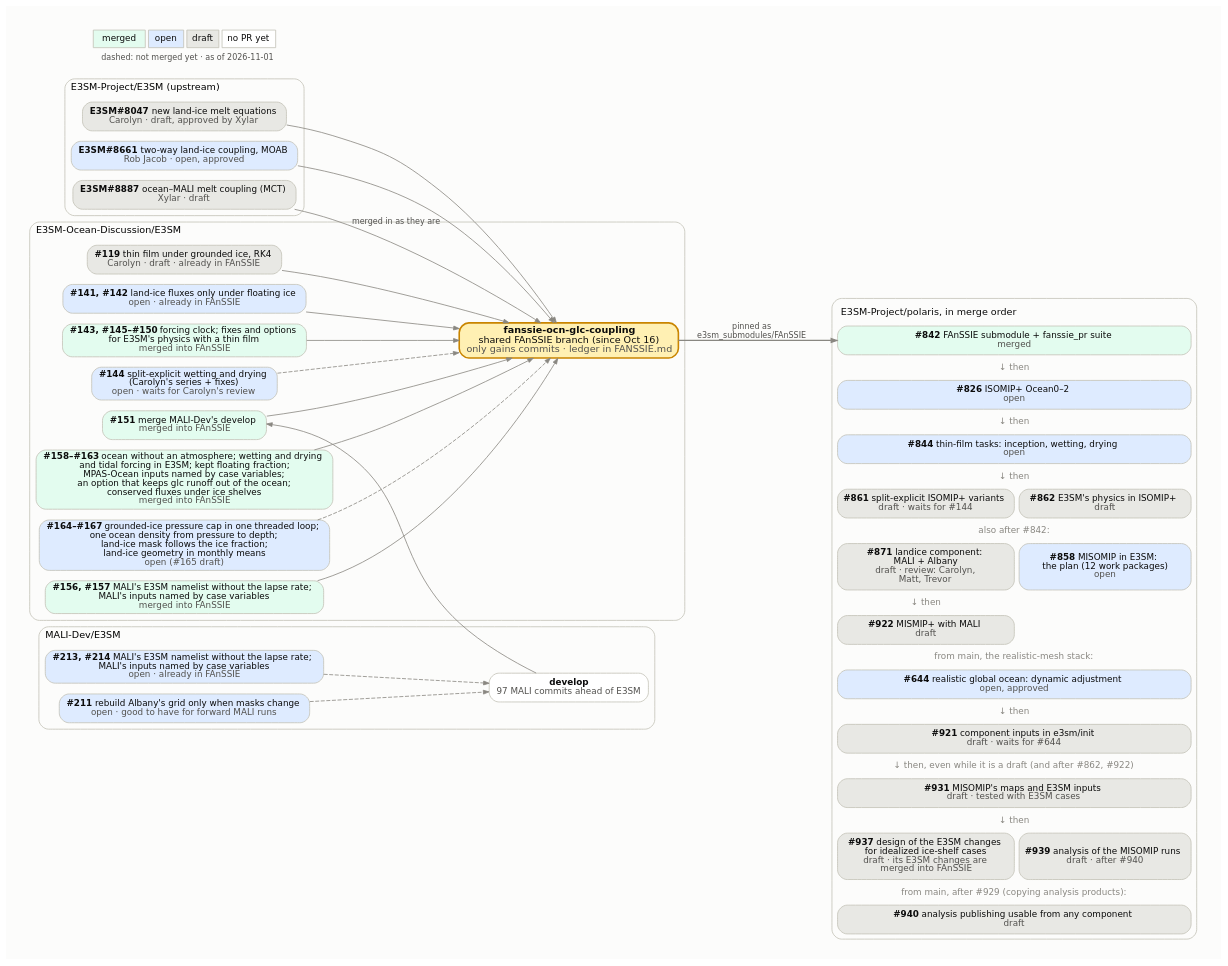
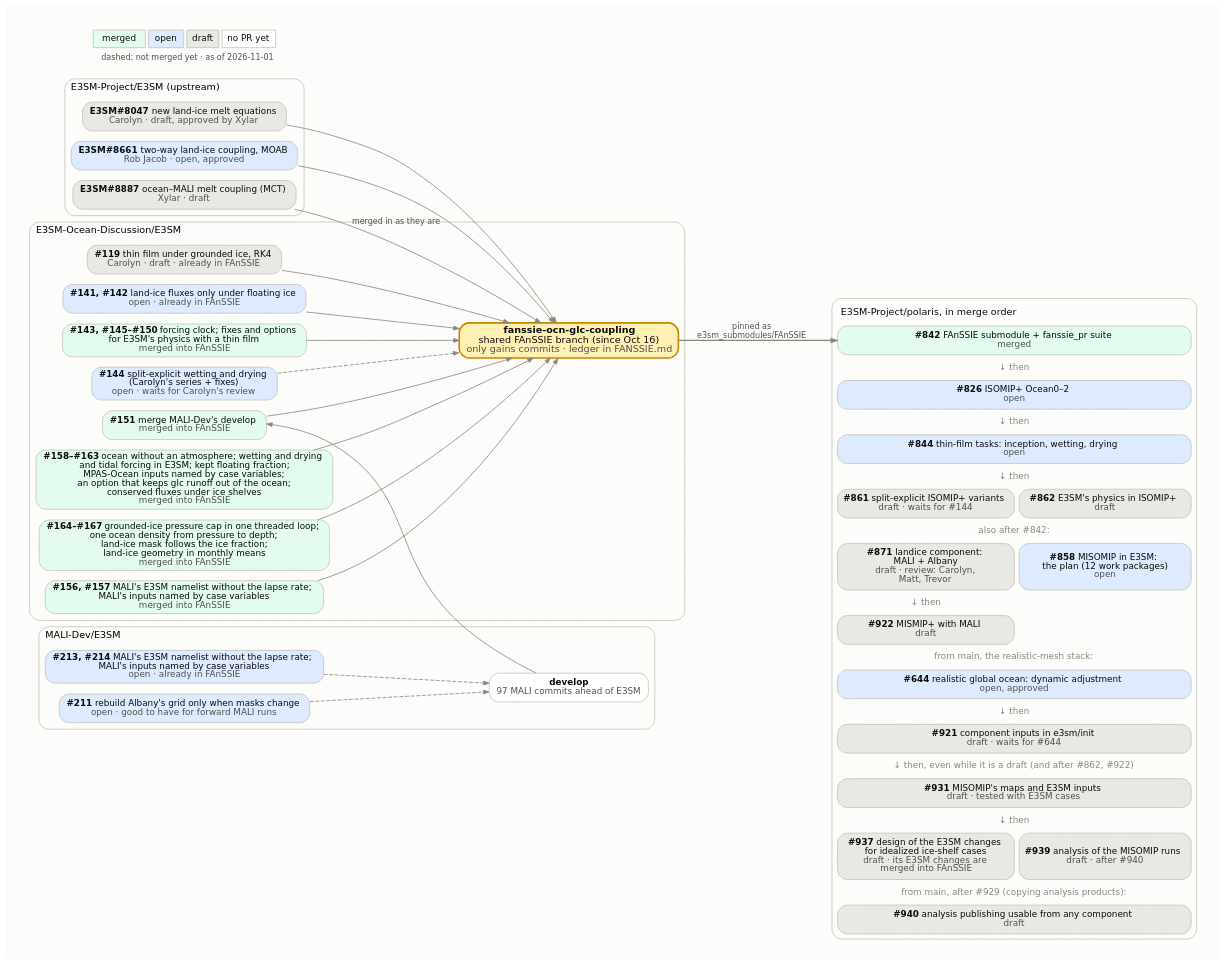
One commit to E3SM-Project/polaris changed the diagram in docs/design_docs/misomip/code_flow.dot. Above: the diagram before and after it, drawn with Graphviz. The commit also changed 3 other files, not shown here.

Commit message:
Show the moving-grounding-line ocean changes as merged in the MISOMIP figures

```diff
--- a/docs/design_docs/misomip/code_flow.dot
+++ b/docs/design_docs/misomip/code_flow.dot
@@ -1,107 +1,107 @@
 // How the upstream E3SM PRs, the E3SM-Ocean-Discussion PRs, the
 // fanssie-ocn-glc-coupling branch and the Polaris PRs fit together.
 //
 // Regenerate with Graphviz 14 (Chrysalis's /usr/bin/dot 2.40 lays it out
 // wider), with the text drawn as paths so it looks the same everywhere:
 //
 //     pixi exec -s graphviz dot -Tsvg:cairo code_flow.dot -o code_flow.svg
 //
 // Fill by state: merged #e3fcef, open #deebff, draft #e8e8e4, no PR yet
 // #ffffff. Dashed edges into the FAnSSIE branch mark PRs not merged into it
 // yet. The Polaris side is one HTML-table node, in merge order, because
 // Graphviz would not keep separate boxes in that order. Update the date in
 // the legend.
 digraph fanssie {
   rankdir=LR;
   bgcolor="#fcfcfb";
   pad=0.3;
   nodesep=0.18;
   ranksep=0.7;
   fontname="DejaVu Sans";
   node [shape=box, style="rounded,filled", fontname="DejaVu Sans",
         fontsize=11, color="#c3c2b7", fontcolor="#0b0b0b", penwidth=1,
         margin="0.12,0.06"];
   edge [color="#898781", arrowsize=0.7, fontname="DejaVu Sans",
         fontsize=10, fontcolor="#52514e"];
 
   subgraph cluster_upstream {
     label="E3SM-Project/E3SM (upstream)";
     labeljust=l; fontsize=12; color="#c3c2b7"; style="rounded";
     e8047 [label=<<b>E3SM#8047</b>  new land-ice melt equations<br/><font color="#52514e">Carolyn · draft, approved by Xylar</font>>, fillcolor="#e8e8e4"];
     e8661 [label=<<b>E3SM#8661</b>  two-way land-ice coupling, MOAB<br/><font color="#52514e">Rob Jacob · open, approved</font>>, fillcolor="#deebff"];
     e8887 [label=<<b>E3SM#8887</b>  ocean–MALI melt coupling (MCT)<br/><font color="#52514e">Xylar · draft</font>>, fillcolor="#e8e8e4"];
   }
 
   subgraph cluster_malidev {
     label="MALI-Dev/E3SM";
     labeljust=l; fontsize=12; color="#c3c2b7"; style="rounded";
     malidev [label=<<b>develop</b><br/><font color="#52514e">97 MALI commits ahead of E3SM</font>>, fillcolor="#ffffff"];
     m213 [label=<<b>#213, #214</b>  MALI's E3SM namelist without the lapse rate;<br/>MALI's inputs named by case variables<br/><font color="#52514e">open · already in FAnSSIE</font>>, fillcolor="#deebff"];
     m211 [label=<<b>#211</b>  rebuild Albany's grid only when masks change<br/><font color="#52514e">open · good to have for forward MALI runs</font>>, fillcolor="#deebff"];
   }
 
   subgraph cluster_eod {
     label="E3SM-Ocean-Discussion/E3SM";
     labeljust=l; fontsize=12; color="#c3c2b7"; style="rounded";
     d119 [label=<<b>#119</b>  thin film under grounded ice, RK4<br/><font color="#52514e">Carolyn · draft · already in FAnSSIE</font>>, fillcolor="#e8e8e4"];
     d141 [label=<<b>#141, #142</b>  land-ice fluxes only under floating ice<br/><font color="#52514e">open · already in FAnSSIE</font>>, fillcolor="#deebff"];
     d143 [label=<<b>#143, #145–#150</b>  forcing clock; fixes and options<br/>for E3SM's physics with a thin film<br/><font color="#52514e">merged into FAnSSIE</font>>, fillcolor="#e3fcef"];
     d144 [label=<<b>#144</b>  split-explicit wetting and drying<br/>(Carolyn's series + fixes)<br/><font color="#52514e">open · waits for Carolyn's review</font>>, fillcolor="#deebff"];
     d151 [label=<<b>#151</b>  merge MALI-Dev's develop<br/><font color="#52514e">merged into FAnSSIE</font>>, fillcolor="#e3fcef"];
     d158 [label=<<b>#158–#163</b>  ocean without an atmosphere; wetting and drying<br/>and tidal forcing in E3SM; kept floating fraction;<br/>MPAS-Ocean inputs named by case variables;<br/>an option that keeps glc runoff out of the ocean;<br/>conserved fluxes under ice shelves<br/><font color="#52514e">merged into FAnSSIE</font>>, fillcolor="#e3fcef"];
-    d164 [label=<<b>#164–#167</b>  grounded-ice pressure cap in one threaded loop;<br/>one ocean density from pressure to depth;<br/>land-ice mask follows the ice fraction;<br/>land-ice geometry in monthly means<br/><font color="#52514e">open (#165 draft)</font>>, fillcolor="#deebff"];
+    d164 [label=<<b>#164–#167</b>  grounded-ice pressure cap in one threaded loop;<br/>one ocean density from pressure to depth;<br/>land-ice mask follows the ice fraction;<br/>land-ice geometry in monthly means<br/><font color="#52514e">merged into FAnSSIE</font>>, fillcolor="#e3fcef"];
     d156 [label=<<b>#156, #157</b>  MALI's E3SM namelist without the lapse rate;<br/>MALI's inputs named by case variables<br/><font color="#52514e">merged into FAnSSIE</font>>, fillcolor="#e3fcef"];
     fanssie [label=<<b>fanssie-ocn-glc-coupling</b><br/>shared FAnSSIE branch (since Oct 16)<br/><font color="#52514e">only gains commits · ledger in FANSSIE.md</font>>,
              fillcolor="#fff0b3", penwidth=2, color="#c98500", fontsize=12];
   }
 
   polaris [shape=plaintext, style="", label=<
     <table border="1" color="#c3c2b7" style="rounded" cellborder="1" cellspacing="6" cellpadding="4" bgcolor="#fcfcfb">
       <tr><td border="0" colspan="2" align="left"><font point-size="12">E3SM-Project/polaris, in merge order</font></td></tr>
       <tr><td port="p842" bgcolor="#e3fcef" colspan="2" style="rounded" cellpadding="6"><b>#842</b>  FAnSSIE submodule + fanssie_pr suite<br/><font color="#52514e">merged</font></td></tr>
       <tr><td border="0" colspan="2"><font color="#898781">↓ then</font></td></tr>
       <tr><td port="p826" bgcolor="#deebff" colspan="2" style="rounded" cellpadding="6"><b>#826</b>  ISOMIP+ Ocean0–2<br/><font color="#52514e">open</font></td></tr>
       <tr><td border="0" colspan="2"><font color="#898781">↓ then</font></td></tr>
       <tr><td port="p844" bgcolor="#deebff" colspan="2" style="rounded" cellpadding="6"><b>#844</b>  thin-film tasks: inception, wetting, drying<br/><font color="#52514e">open</font></td></tr>
       <tr><td border="0" colspan="2"><font color="#898781">↓ then</font></td></tr>
       <tr><td port="p861" bgcolor="#e8e8e4" colspan="1" style="rounded" cellpadding="6"><b>#861</b>  split-explicit ISOMIP+ variants<br/><font color="#52514e">draft · waits for #144</font></td><td port="p862" bgcolor="#e8e8e4" colspan="1" style="rounded" cellpadding="6"><b>#862</b>  E3SM's physics in ISOMIP+<br/><font color="#52514e">draft</font></td></tr>
       <tr><td border="0" colspan="2"><font color="#898781">also after #842:</font></td></tr>
       <tr><td port="p871" bgcolor="#e8e8e4" colspan="1" style="rounded" cellpadding="6"><b>#871</b>  landice component:<br/>MALI + Albany<br/><font color="#52514e">draft · review: Carolyn,<br/>Matt, Trevor</font></td><td port="p858" bgcolor="#deebff" colspan="1" style="rounded" cellpadding="6"><b>#858</b>  MISOMIP in E3SM:<br/>the plan (12 work packages)<br/><font color="#52514e">open</font></td></tr>
       <tr><td border="0" colspan="1"><font color="#898781">↓ then</font></td><td border="0" colspan="1"></td></tr>
       <tr><td port="p922" bgcolor="#e8e8e4" colspan="1" style="rounded" cellpadding="6"><b>#922</b>  MISMIP+ with MALI<br/><font color="#52514e">draft</font></td><td border="0" colspan="1"></td></tr>
       <tr><td border="0" colspan="2"><font color="#898781">from main, the realistic-mesh stack:</font></td></tr>
       <tr><td port="p644" bgcolor="#deebff" colspan="2" style="rounded" cellpadding="6"><b>#644</b>  realistic global ocean: dynamic adjustment<br/><font color="#52514e">open, approved</font></td></tr>
       <tr><td border="0" colspan="2"><font color="#898781">↓ then</font></td></tr>
       <tr><td port="p921" bgcolor="#e8e8e4" colspan="2" style="rounded" cellpadding="6"><b>#921</b>  component inputs in e3sm/init<br/><font color="#52514e">draft · waits for #644</font></td></tr>
       <tr><td border="0" colspan="2"><font color="#898781">↓ then, even while it is a draft (and after #862, #922)</font></td></tr>
       <tr><td port="pwp56" bgcolor="#e8e8e4" colspan="2" style="rounded" cellpadding="6"><b>#931</b>  MISOMIP's maps and E3SM inputs<br/><font color="#52514e">draft · tested with E3SM cases</font></td></tr>
       <tr><td border="0" colspan="2"><font color="#898781">↓ then</font></td></tr>
       <tr><td port="pwp7" bgcolor="#e8e8e4" colspan="1" style="rounded" cellpadding="6"><b>#937</b>  design of the E3SM changes<br/>for idealized ice-shelf cases<br/><font color="#52514e">draft · its E3SM changes are<br/>merged into FAnSSIE</font></td><td port="pwp9" bgcolor="#e8e8e4" colspan="1" style="rounded" cellpadding="6"><b>#939</b>  analysis of the MISOMIP runs<br/><font color="#52514e">draft · after #940</font></td></tr>
       <tr><td border="0" colspan="2"><font color="#898781">from main, after #929 (copying analysis products):</font></td></tr>
       <tr><td port="p940" bgcolor="#e8e8e4" colspan="2" style="rounded" cellpadding="6"><b>#940</b>  analysis publishing usable from any component<br/><font color="#52514e">draft</font></td></tr>
     </table>>];
 
   e8047 -> fanssie;
   e8661 -> fanssie;
   e8887 -> fanssie [label="merged in as they are"];
   d119 -> fanssie;
   d141 -> fanssie;
   d143 -> fanssie;
   d144 -> fanssie [style=dashed];
   m211 -> malidev [style=dashed];
   m213 -> malidev [style=dashed];
   d156 -> fanssie;
   d158 -> fanssie;
-  d164 -> fanssie [style=dashed];
+  d164 -> fanssie;
   malidev -> d151 [constraint=false];
   d151 -> fanssie;
 
   fanssie -> polaris:p842 [label="pinned as
 e3sm_submodules/FAnSSIE", penwidth=1.5];
 
   legend [shape=plaintext, style="", label=<
     <table border="0" cellborder="1" cellspacing="4" cellpadding="4" color="#c3c2b7">
       <tr><td bgcolor="#e3fcef">merged</td><td bgcolor="#deebff">open</td><td bgcolor="#e8e8e4">draft</td><td bgcolor="#ffffff">no PR yet</td></tr>
       <tr><td colspan="4" border="0"><font point-size="10" color="#52514e">dashed: not merged yet · as of 2026-11-01</font></td></tr>
     </table>>];
 }
```
